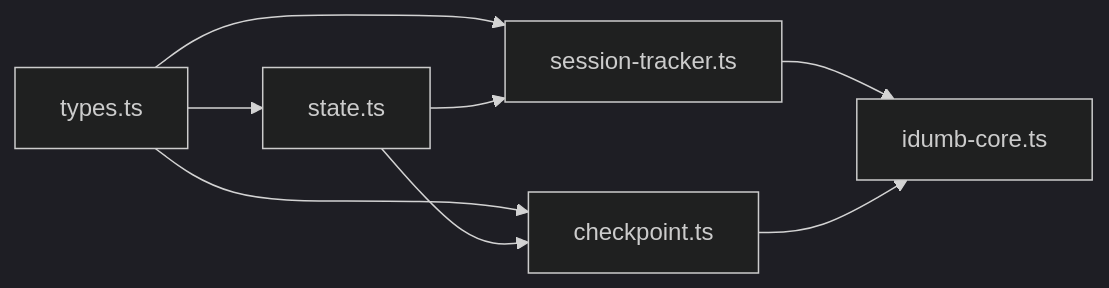
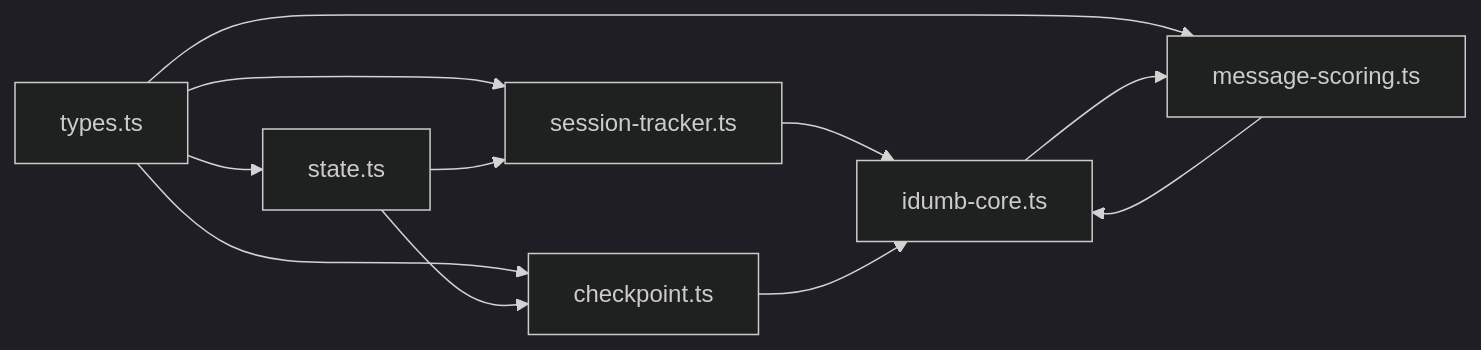
One commit to shynlee04/idumb-plugin changed the tenth of 10 diagrams in .qoder/repowiki/en/content/State Management/Context Preservation.md. Above: the diagram before and after it, drawn with Mermaid (dark theme). The commit also changed other lines of this file and 19 other files, not shown here.

````diff
--- a/.qoder/repowiki/en/content/State Management/Context Preservation.md
+++ b/.qoder/repowiki/en/content/State Management/Context Preservation.md
@@ -315,10 +404,13 @@
 ```mermaid
 graph LR
 Types["types.ts"] --> State["state.ts"]
 Types --> Session["session-tracker.ts"]
 Types --> Checkpoint["checkpoint.ts"]
+Types --> MessageScore["message-scoring.ts"]
 State --> Checkpoint
 State --> Session
 Session --> Hooks["idumb-core.ts"]
 Checkpoint --> Hooks
+MessageScore --> Hooks
+Hooks --> MessageScore
 ```
````
